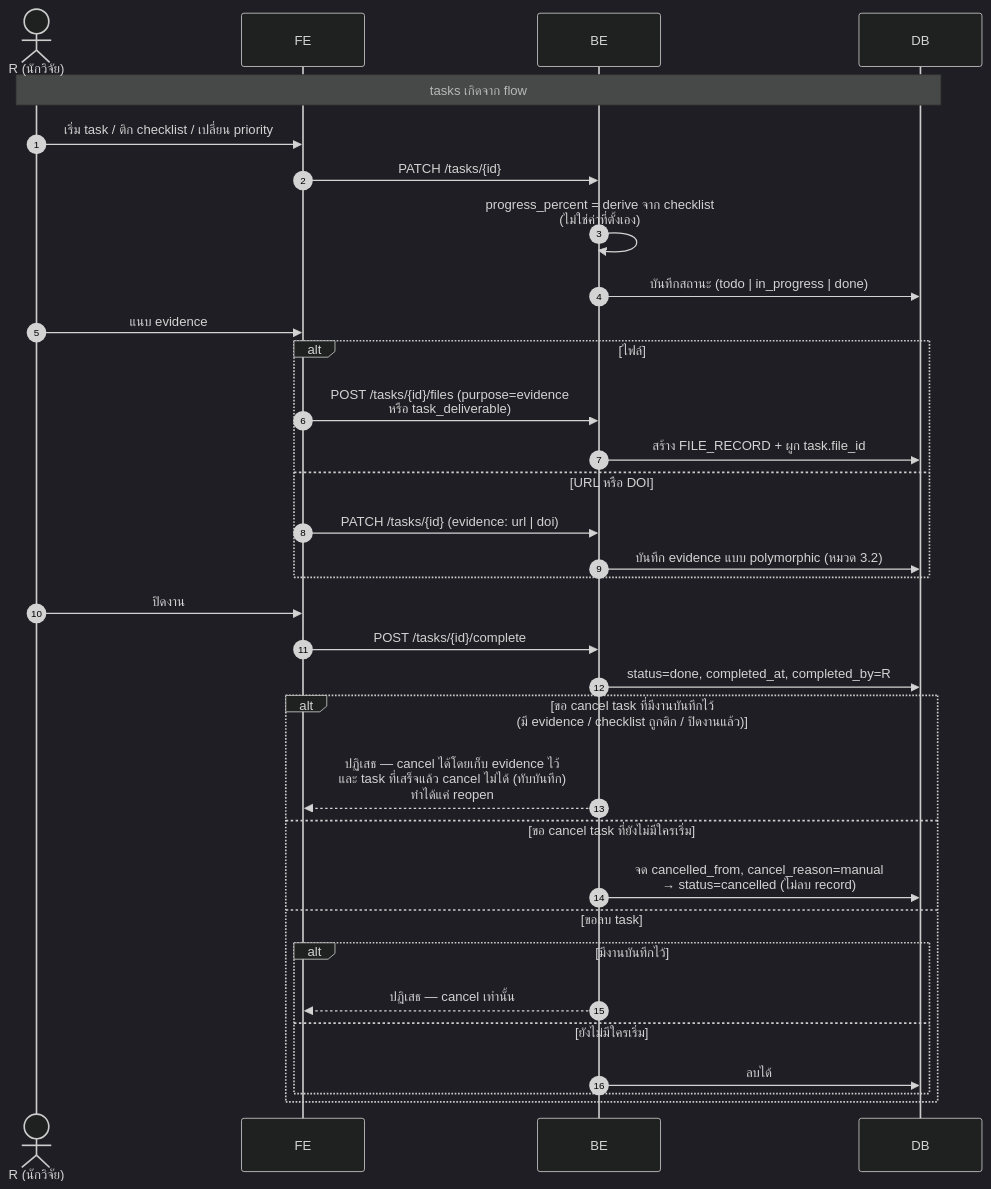
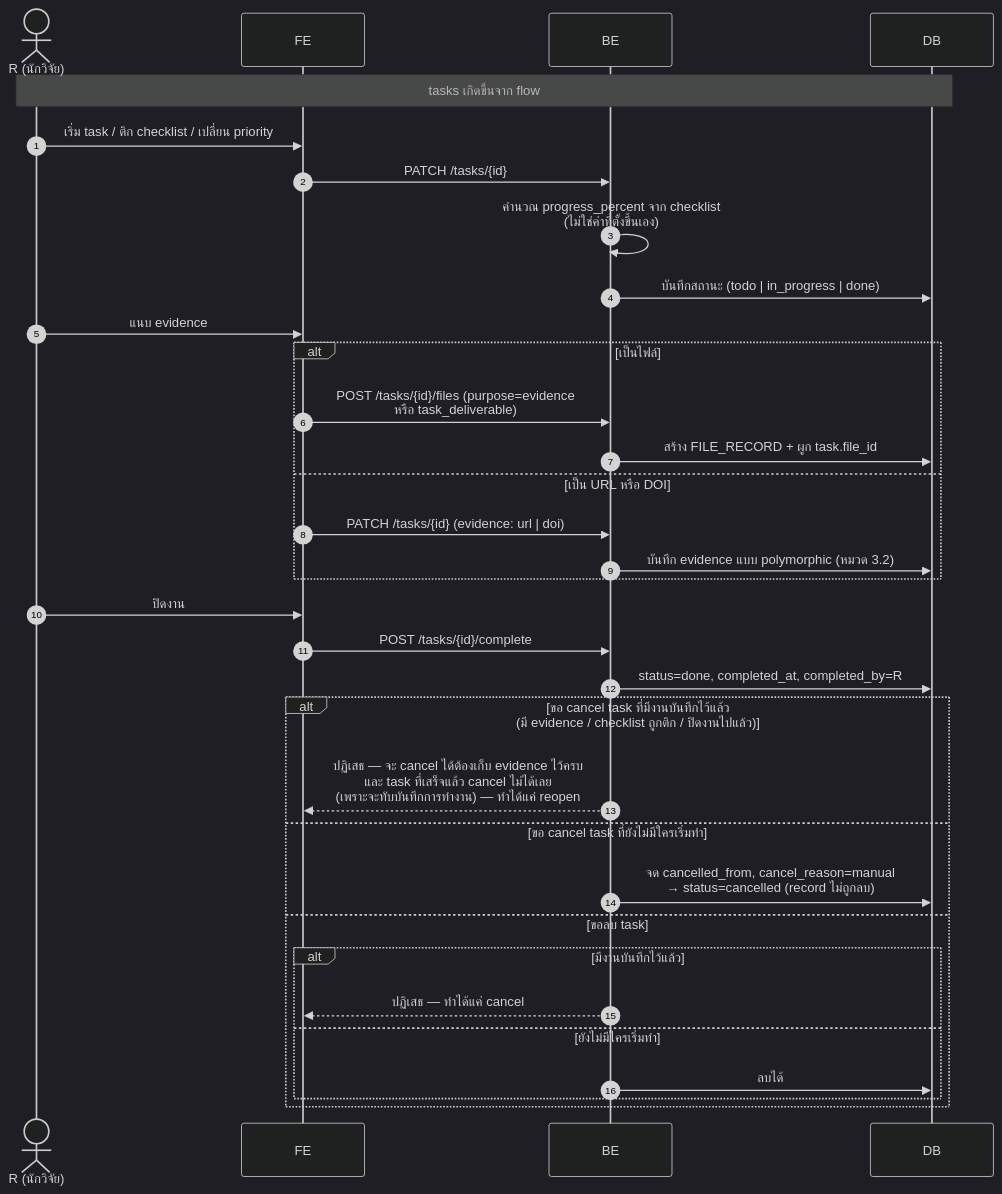
One commit to Open-Science-and-Data-management/Backend changed diagram 12 of 14 in docs/architecture/sequence-diagrams.md. Above: the diagram before and after it, drawn with Mermaid (dark theme). The commit also changed other lines of this file and 15 other files, not shown here.

````diff
--- a/docs/architecture/sequence-diagrams.md
+++ b/docs/architecture/sequence-diagrams.md
@@ -416,40 +455,40 @@
 ```mermaid
 sequenceDiagram
     autonumber
     actor R as R (นักวิจัย)
     participant FE as FE
     participant BE as BE
     participant DB as DB
 
-    Note over R,DB: tasks เกิดจาก flow #6/#7 (ชุดแรก) และเพิ่มได้เรื่อย ๆ<br/>ทั้งจาก AI (generated_by=ai) และผู้ใช้ (generated_by=user)
+    Note over R,DB: tasks เกิดขึ้นจาก flow #6/#7 (ชุดแรก)<br/>และเพิ่มได้เรื่อย ๆ ทั้งจาก AI (generated_by=ai)<br/>และจากผู้ใช้เอง (generated_by=user)
 
     R->>FE: เริ่ม task / ติก checklist / เปลี่ยน priority
     FE->>BE: PATCH /tasks/{id}
-    BE->>BE: progress_percent = derive จาก checklist<br/>(ไม่ใช่ค่าที่ตั้งเอง)
+    BE->>BE: คำนวณ progress_percent จาก checklist<br/>(ไม่ใช่ค่าที่ตั้งขึ้นเอง)
     BE->>DB: บันทึกสถานะ (todo | in_progress | done)
 
     R->>FE: แนบ evidence
-    alt ไฟล์
+    alt เป็นไฟล์
         FE->>BE: POST /tasks/{id}/files (purpose=evidence<br/>หรือ task_deliverable)
         BE->>DB: สร้าง FILE_RECORD + ผูก task.file_id
-    else URL หรือ DOI
+    else เป็น URL หรือ DOI
         FE->>BE: PATCH /tasks/{id} (evidence: url | doi)
         BE->>DB: บันทึก evidence แบบ polymorphic (หมวด 3.2)
     end
 
     R->>FE: ปิดงาน
     FE->>BE: POST /tasks/{id}/complete
     BE->>DB: status=done, completed_at, completed_by=R
 
-    alt ขอ cancel task ที่มีงานบันทึกไว้<br/>(มี evidence / checklist ถูกติก / ปิดงานแล้ว)
-        BE-->>FE: ปฏิเสธ — cancel ได้โดยเก็บ evidence ไว้<br/>และ task ที่เสร็จแล้ว cancel ไม่ได้ (ทับบันทึก)<br/>ทำได้แค่ reopen
-    else ขอ cancel task ที่ยังไม่มีใครเริ่ม
-        BE->>DB: จด cancelled_from, cancel_reason=manual<br/>→ status=cancelled (ไม่ลบ record)
+    alt ขอ cancel task ที่มีงานบันทึกไว้แล้ว<br/>(มี evidence / checklist ถูกติก / ปิดงานไปแล้ว)
+        BE-->>FE: ปฏิเสธ — จะ cancel ได้ต้องเก็บ evidence ไว้ครบ<br/>และ task ที่เสร็จแล้ว cancel ไม่ได้เลย<br/>(เพราะจะทับบันทึกการทำงาน) — ทำได้แค่ reopen
+    else ขอ cancel task ที่ยังไม่มีใครเริ่มทำ
+        BE->>DB: จด cancelled_from, cancel_reason=manual<br/>→ status=cancelled (record ไม่ถูกลบ)
     else ขอลบ task
-        alt มีงานบันทึกไว้
-            BE-->>FE: ปฏิเสธ — cancel เท่านั้น
-        else ยังไม่มีใครเริ่ม
+        alt มีงานบันทึกไว้แล้ว
+            BE-->>FE: ปฏิเสธ — ทำได้แค่ cancel
+        else ยังไม่มีใครเริ่มทำ
             BE->>DB: ลบได้
         end
     end
 ```
````
